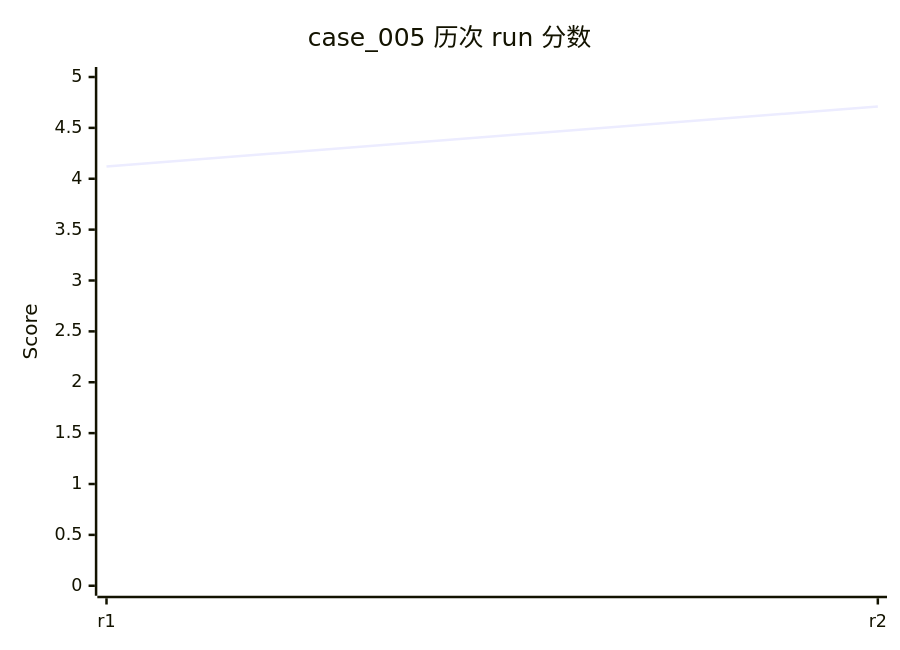
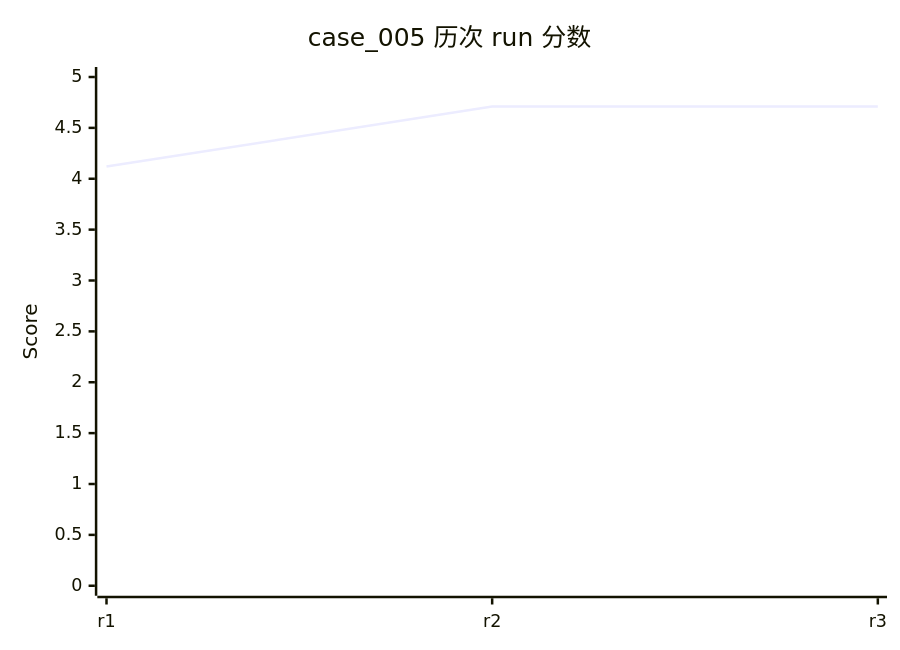
Before and after one commit to rushengzhou/sid-code: diagram 11 of 58 in evals/DASHBOARD.md, drawn with Mermaid. The commit also changed other lines of this file and 57 other files, not shown here.

````diff
--- a/evals/DASHBOARD.md
+++ b/evals/DASHBOARD.md
@@ -282,7 +284,7 @@
 ```mermaid
 xychart-beta
     title "case_005 历次 run 分数"
-    x-axis [r1, r2]
+    x-axis [r1, r2, r3]
     y-axis "Score" 0 --> 5
-    line [4.12, 4.71]
+    line [4.12, 4.71, 4.71]
 ```
````
